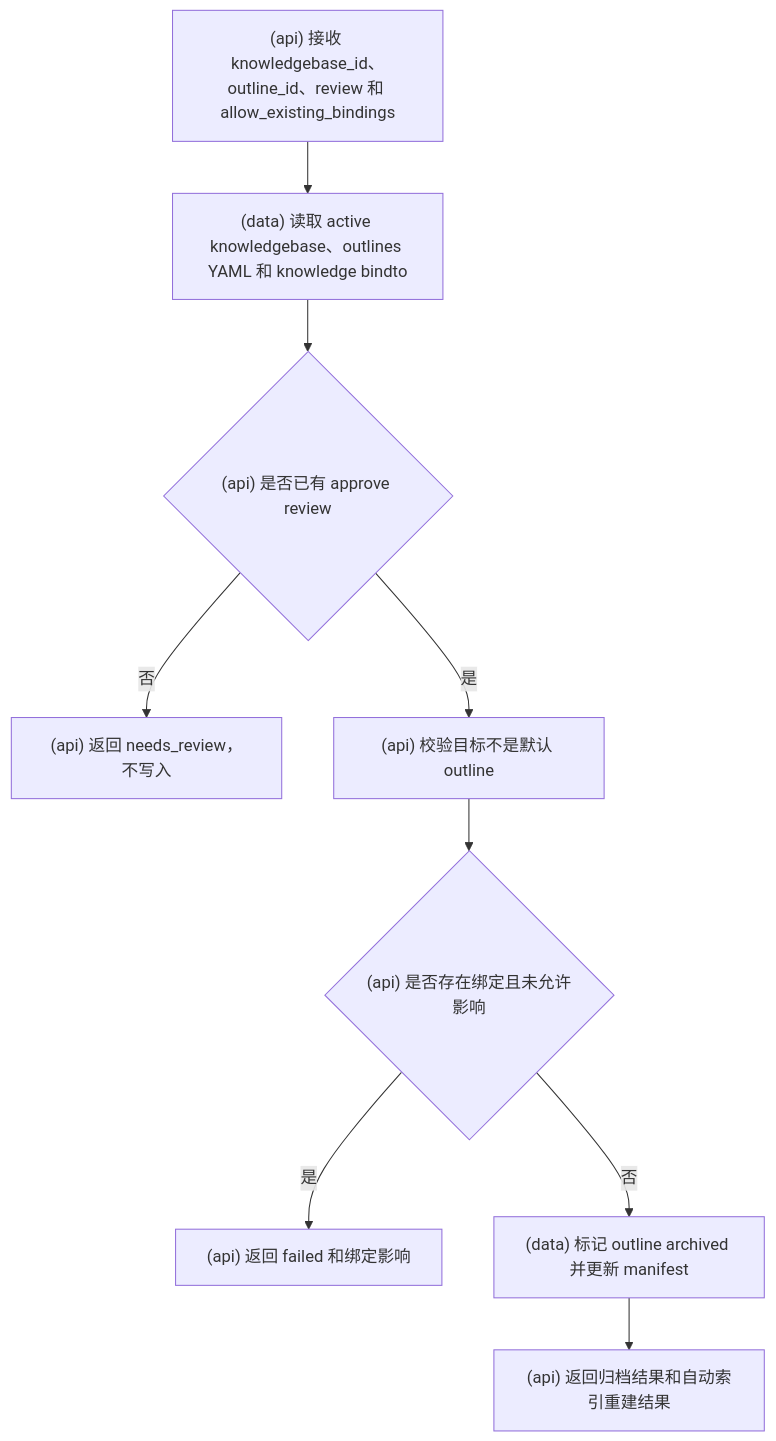
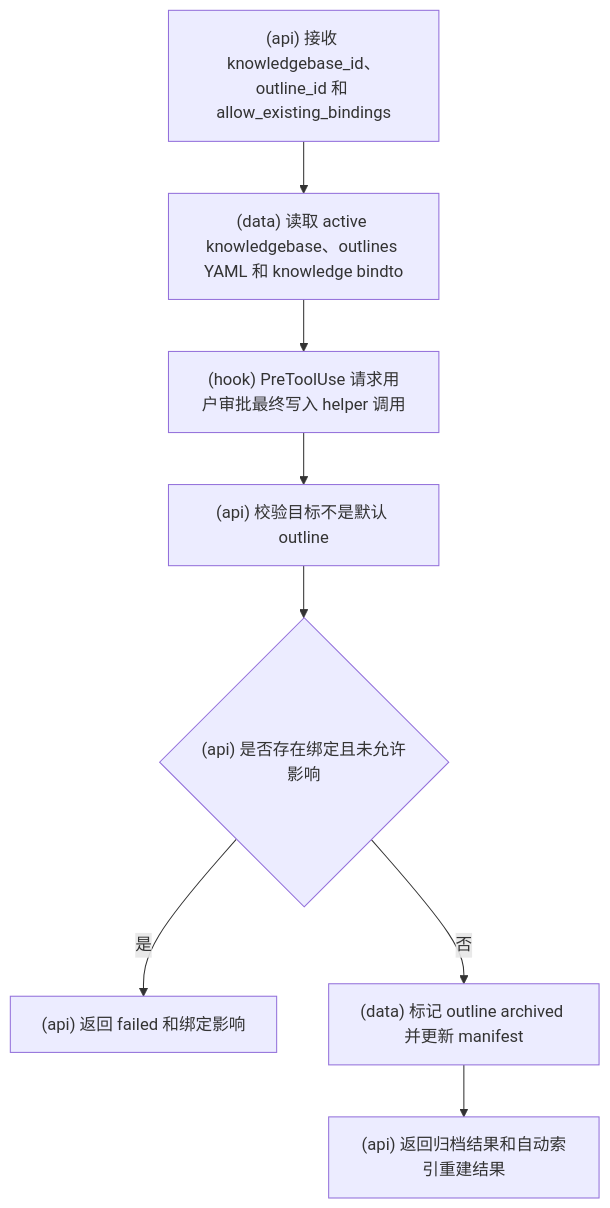
One commit to srangerme/KBManager changed diagram 15 of 21 in docs/流程图.md. Above: the diagram before and after it, drawn with Mermaid. The commit also changed other lines of this file and 48 other files, not shown here.

````diff
--- a/docs/流程图.md
+++ b/docs/流程图.md
@@ -214,11 +216,10 @@
 ```mermaid
 flowchart TD
-  A["(api) 接收 knowledgebase_id、outline_id、review 和 allow_existing_bindings"] --> B["(data) 读取 active knowledgebase、outlines YAML 和 knowledge bindto"]
-  B --> C{"(api) 是否已有 approve review"}
-  C -- 否 --> D["(api) 返回 needs_review，不写入"]
-  C -- 是 --> E["(api) 校验目标不是默认 outline"]
+  A["(api) 接收 knowledgebase_id、outline_id 和 allow_existing_bindings"] --> B["(data) 读取 active knowledgebase、outlines YAML 和 knowledge bindto"]
+  B --> C["(hook) PreToolUse 请求用户审批最终写入 helper 调用"]
+  C --> E["(api) 校验目标不是默认 outline"]
   E --> F{"(api) 是否存在绑定且未允许影响"}
   F -- 是 --> G["(api) 返回 failed 和绑定影响"]
   F -- 否 --> H["(data) 标记 outline archived 并更新 manifest"]
   H --> I["(api) 返回归档结果和自动索引重建结果"]
 ```
````
